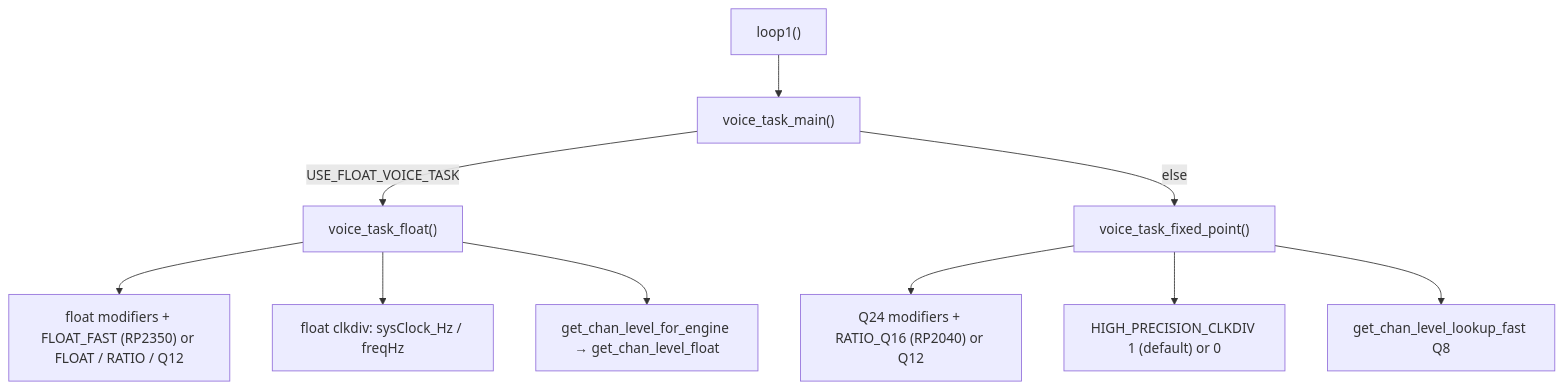
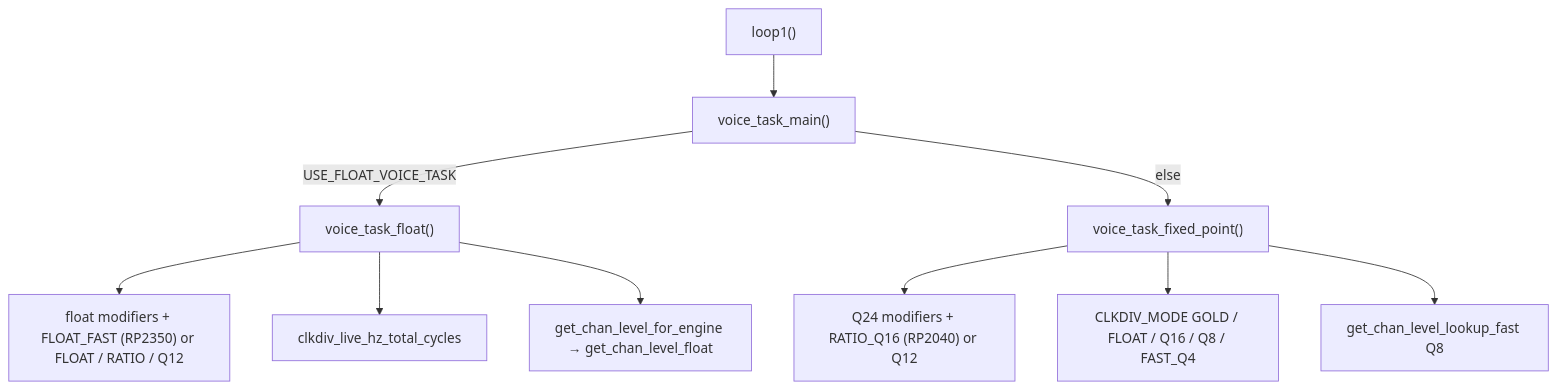
One commit to felipegaspari/DCO4-REBORN-DCO changed the diagram in docs/ENGINE_OPTIONS.md. Above: the diagram before and after it, drawn with Mermaid. The commit also changed other lines of this file and 13 other files, not shown here.

````diff
--- a/docs/ENGINE_OPTIONS.md
+++ b/docs/ENGINE_OPTIONS.md
@@ -74,12 +74,12 @@
 ```mermaid
 flowchart TD
   loop1["loop1()"] --> main["voice_task_main()"]
   main -->|USE_FLOAT_VOICE_TASK| vf["voice_task_float()"]
   main -->|else| vx["voice_task_fixed_point()"]
   vf --> fPitch["float modifiers + FLOAT_FAST (RP2350) or FLOAT / RATIO / Q12"]
-  vf --> fClk["float clkdiv: sysClock_Hz / freqHz"]
+  vf --> fClk["clkdiv_live_hz_total_cycles"]
   vf --> fAmp["get_chan_level_for_engine → get_chan_level_float"]
   vx --> xPitch["Q24 modifiers + RATIO_Q16 (RP2040) or Q12"]
-  vx --> xClk["HIGH_PRECISION_CLKDIV 1 (default) or 0"]
+  vx --> xClk["CLKDIV_MODE GOLD / FLOAT / Q16 / Q8 / FAST_Q4"]
   vx --> xAmp["get_chan_level_lookup_fast Q8"]
 ```
````
